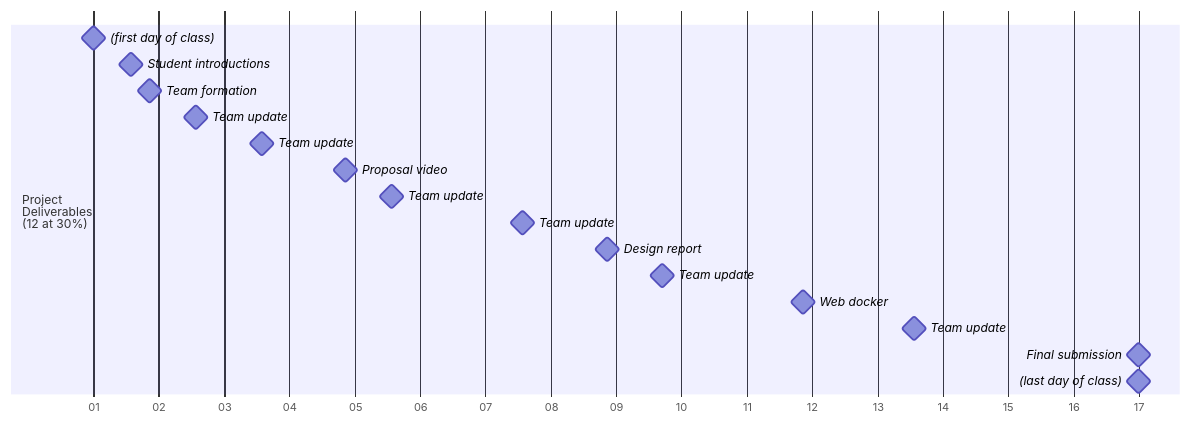
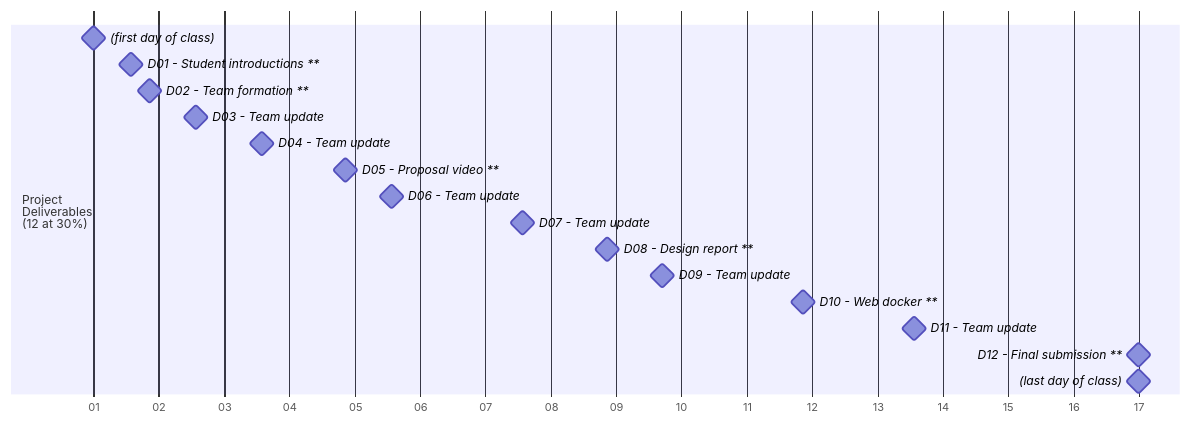
One commit to lowkeylabs/cmsc408-course-admin changed the fourth of 4 diagrams in topics/_cmsc408-overview.qmd. Above: the diagram before and after it, drawn with Mermaid. The commit also changed other lines of this file and 21 other files, not shown here.

````diff
--- a/topics/_cmsc408-overview.qmd
+++ b/topics/_cmsc408-overview.qmd
@@ -285,23 +286,23 @@
 ```{mermaid}
 %%| echo: false
 gantt
     dateFormat M/DD/YYYY
     axisFormat %U
 
     section Project<br/>Deliverables<br/>(12 at 30%)
     (first day of class): milestone, fdc1, 1/7/2024, 0d
-    Student introductions: milestone, p1, 1/11/2024,0d
-    Team formation: milestone, p2, 1/13/2024, 0d
-    Team update: milestone, p3, 1/18/2024, 0d
-    Team update: milestone, p4, 1/25/2024, 0d
-    Proposal video: milestone, p5, 2/3/2024, 0d
-    Team update: milestone, p6, 2/8/2024, 0d
-    Team update: milestone, p7, 2/22/2024, 0d
-    Design report: milestone, p8, 3/2/2024, 0d
-    Team update: milestone, p9, 3/8/2024, 0d
-    Web docker: milestone, p10, 3/23/2024, 0d
-    Team update: milestone, p11, 4/4/2024, 0d
-    Final submission: milestone, p12, 4/28/2024, 0d
+    D01 - Student introductions **: milestone, p1, 1/11/2024,0d
+    D02 - Team formation **: milestone, p2, 1/13/2024, 0d
+    D03 - Team update: milestone, p3, 1/18/2024, 0d
+    D04 - Team update: milestone, p4, 1/25/2024, 0d
+    D05 - Proposal video **: milestone, p5, 2/3/2024, 0d
+    D06 - Team update: milestone, p6, 2/8/2024, 0d
+    D07 - Team update: milestone, p7, 2/22/2024, 0d
+    D08 - Design report **: milestone, p8, 3/2/2024, 0d
+    D09 - Team update: milestone, p9, 3/8/2024, 0d
+    D10 - Web docker **: milestone, p10, 3/23/2024, 0d
+    D11 - Team update: milestone, p11, 4/4/2024, 0d
+    D12 - Final submission **: milestone, p12, 4/28/2024, 0d
     (last day of class): milestone, ldc2, 4/28/2024, 0d
     
 ```
````
